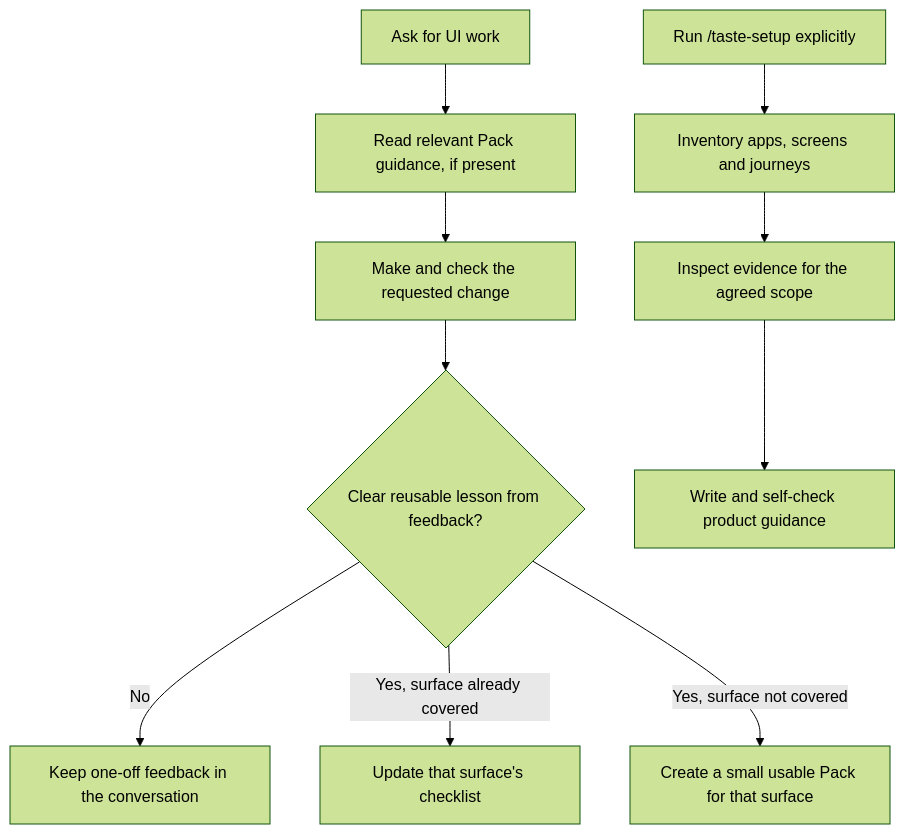
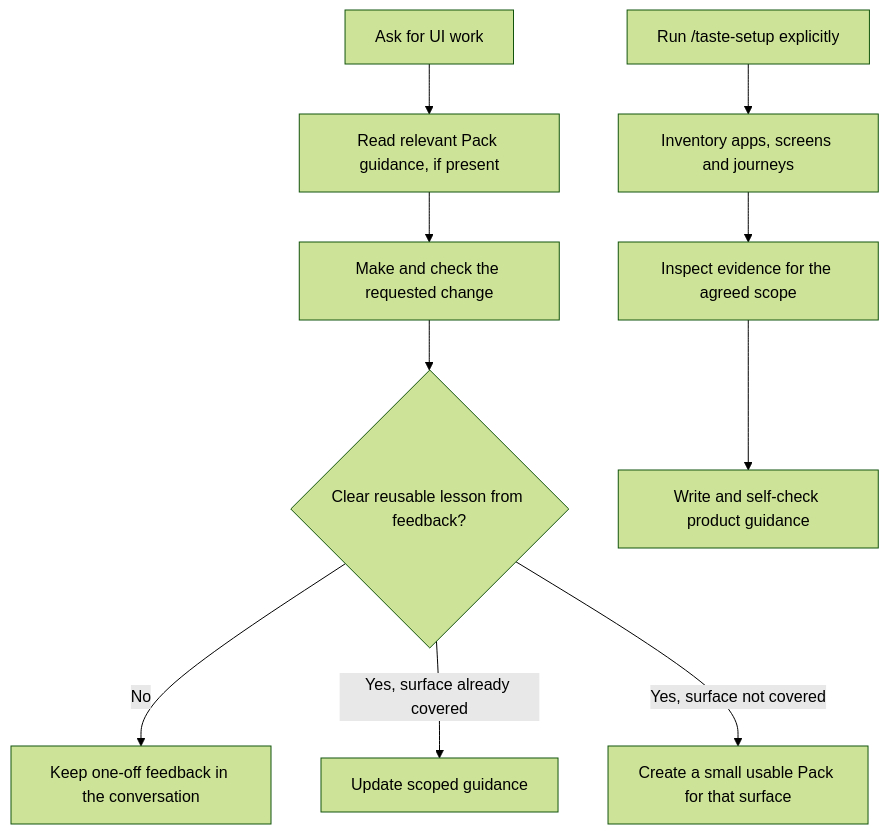
One commit to gksoriginals/taste changed the diagram in README.md. Above: the diagram before and after it, drawn with Mermaid (forest theme). The commit also changed other lines of this file and 17 other files, not shown here.

````diff
--- a/README.md
+++ b/README.md
@@ -23,12 +23,12 @@
 ```mermaid
 flowchart TD
   Task[Ask for UI work] --> Read[Read relevant Pack guidance, if present]
   Read --> Change[Make and check the requested change]
   Change --> Feedback{Clear reusable lesson from feedback?}
   Feedback -->|No| Done[Keep one-off feedback in the conversation]
-  Feedback -->|Yes, surface already covered| Update[Update that surface's checklist]
+  Feedback -->|Yes, surface already covered| Update[Update scoped guidance]
   Feedback -->|Yes, surface not covered| Create[Create a small usable Pack for that surface]
   Setup[Run /taste-setup explicitly] --> Inventory[Inventory apps, screens and journeys]
   Inventory --> Sweep[Inspect evidence for the agreed scope]
   Sweep --> Pack[Write and self-check product guidance]
 ```
````
